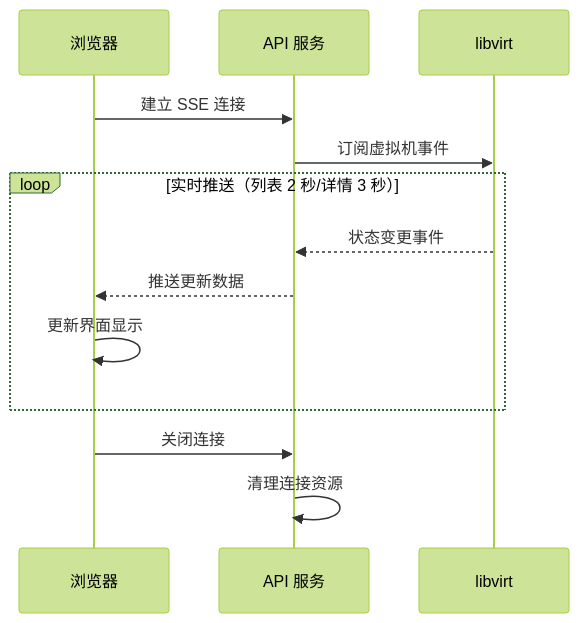
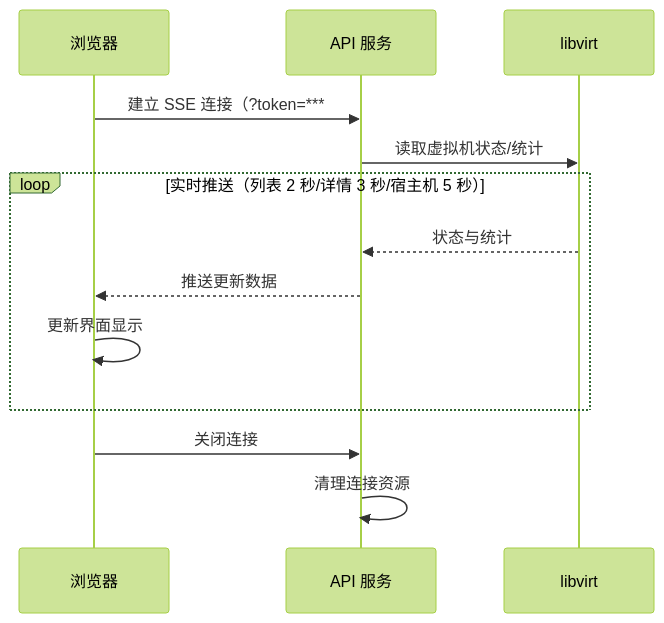
Diagram 17 of 18 in docs/feature-analysis/qvmconsole-architecture.mdx (QVMConsole/docs), drawn with Mermaid (forest theme) before and after one commit. The commit also changed other lines of this file and 37 other files, not shown here.

````diff
--- a/docs/feature-analysis/qvmconsole-architecture.mdx
+++ b/docs/feature-analysis/qvmconsole-architecture.mdx
@@ -801,18 +912,18 @@
 ```mermaid
 sequenceDiagram
     participant Client as 浏览器
     participant API as API 服务
     participant Libvirt as libvirt
-    
-    Client->>API: 建立 SSE 连接
-    API->>Libvirt: 订阅虚拟机事件
-    
-    loop 实时推送（列表 2 秒/详情 3 秒）
-        Libvirt-->>API: 状态变更事件
+
+    Client->>API: 建立 SSE 连接（?token=***
+    API->>Libvirt: 读取虚拟机状态/统计
+
+    loop 实时推送（列表 2 秒/详情 3 秒/宿主机 5 秒）
+        Libvirt-->>API: 状态与统计
         API-->>Client: 推送更新数据
         Client->>Client: 更新界面显示
     end
-    
+
     Client->>API: 关闭连接
     API->>API: 清理连接资源
 ```
````
